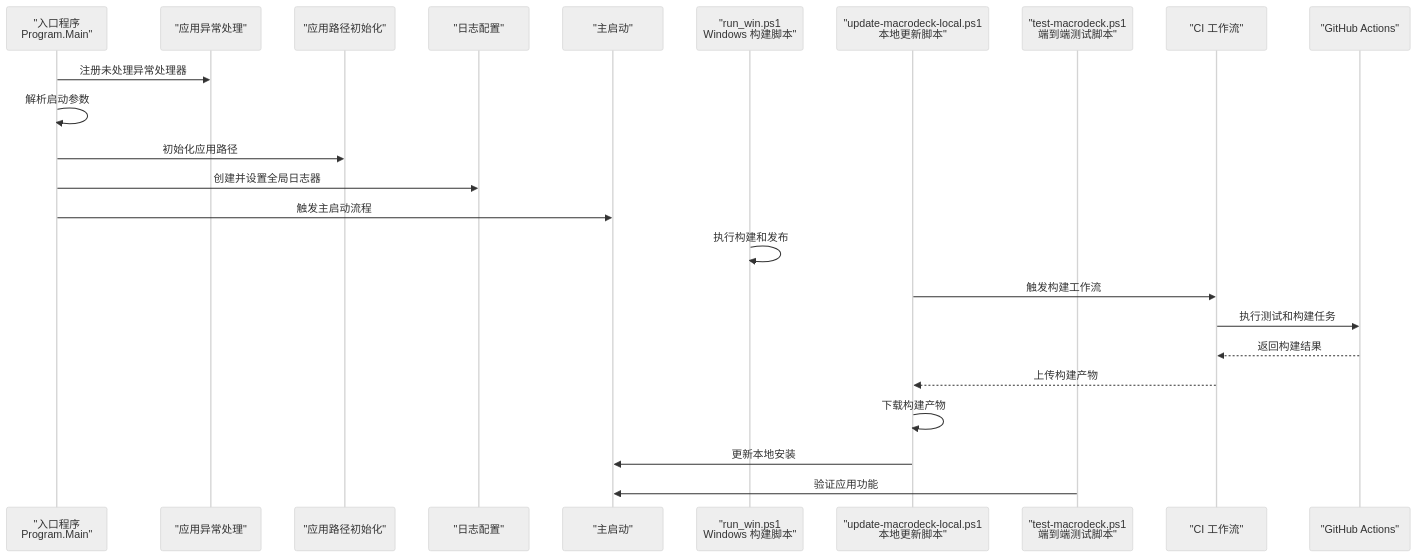
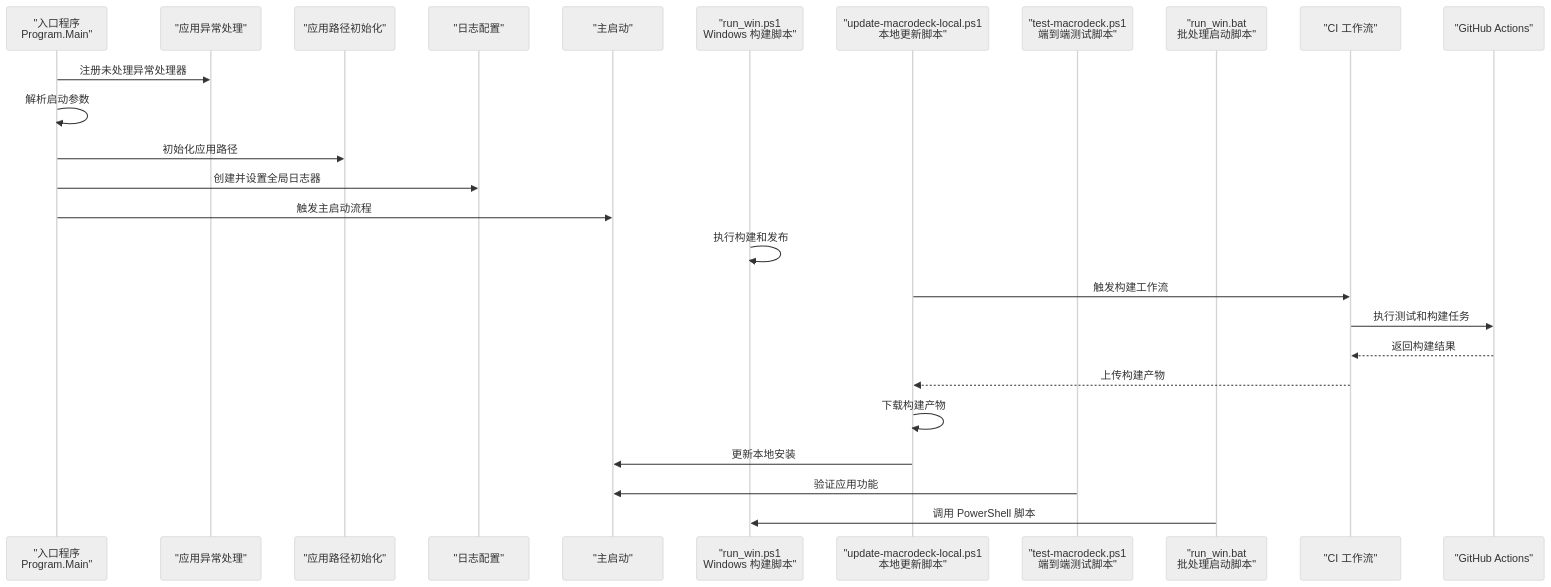
One commit to tea4go/Macro-Deck changed the second of 5 diagrams in .qoder/repowiki/zh/content/开发者指南/开发者指南.md. Above: the diagram before and after it, drawn with Mermaid (neutral theme). The commit also changed other lines of this file and 5 other files, not shown here.

````diff
--- a/.qoder/repowiki/zh/content/开发者指南/开发者指南.md
+++ b/.qoder/repowiki/zh/content/开发者指南/开发者指南.md
@@ -117,26 +124,28 @@
 ```mermaid
 sequenceDiagram
 participant Entry as "入口程序<br/>Program.Main"
 participant App as "应用异常处理"
 participant Paths as "应用路径初始化"
 participant Logger as "日志配置"
 participant Host as "主启动"
 participant RunWin as "run_win.ps1<br/>Windows 构建脚本"
 participant UpdateLocal as "update-macrodeck-local.ps1<br/>本地更新脚本"
 participant TestScript as "test-macrodeck.ps1<br/>端到端测试脚本"
+participant RunBat as "run_win.bat<br/>批处理启动脚本"
 participant CI as "CI 工作流"
 participant GH as "GitHub Actions"
 Entry->>App : 注册未处理异常处理器
 Entry->>Entry : 解析启动参数
 Entry->>Paths : 初始化应用路径
 Entry->>Logger : 创建并设置全局日志器
 Entry->>Host : 触发主启动流程
 RunWin->>RunWin : 执行构建和发布
 UpdateLocal->>CI : 触发构建工作流
 CI->>GH : 执行测试和构建任务
 GH-->>CI : 返回构建结果
 CI-->>UpdateLocal : 上传构建产物
 UpdateLocal->>UpdateLocal : 下载构建产物
 UpdateLocal->>Host : 更新本地安装
 TestScript->>Host : 验证应用功能
+RunBat->>RunWin : 调用 PowerShell 脚本
 ```
````
